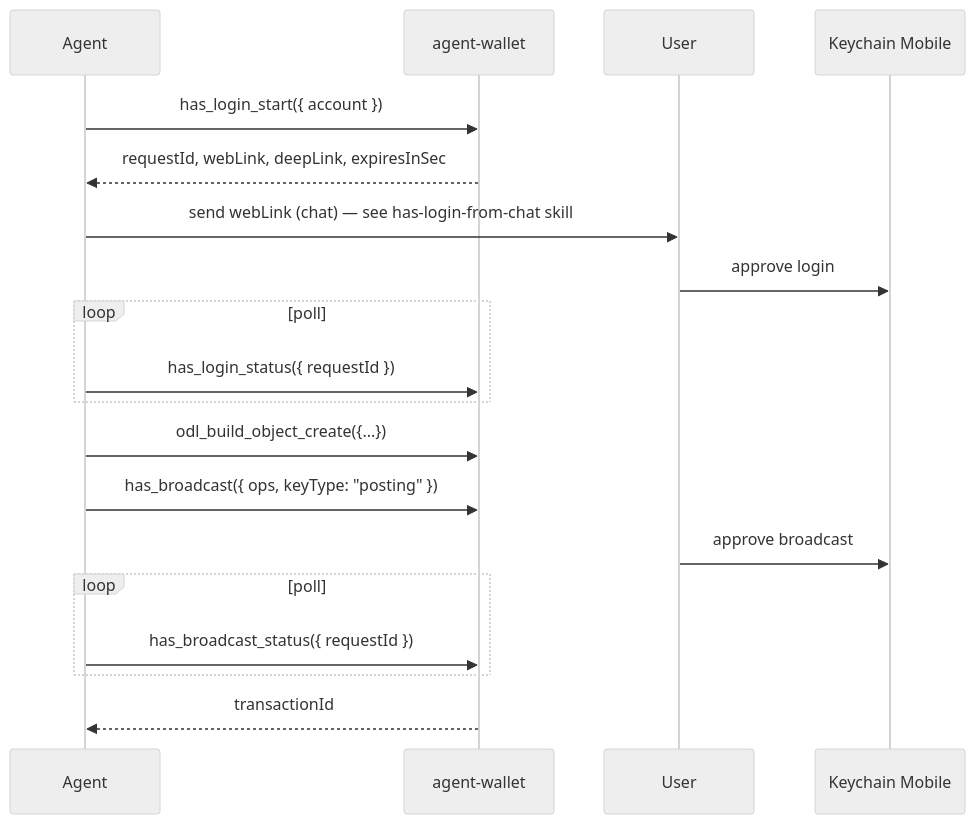
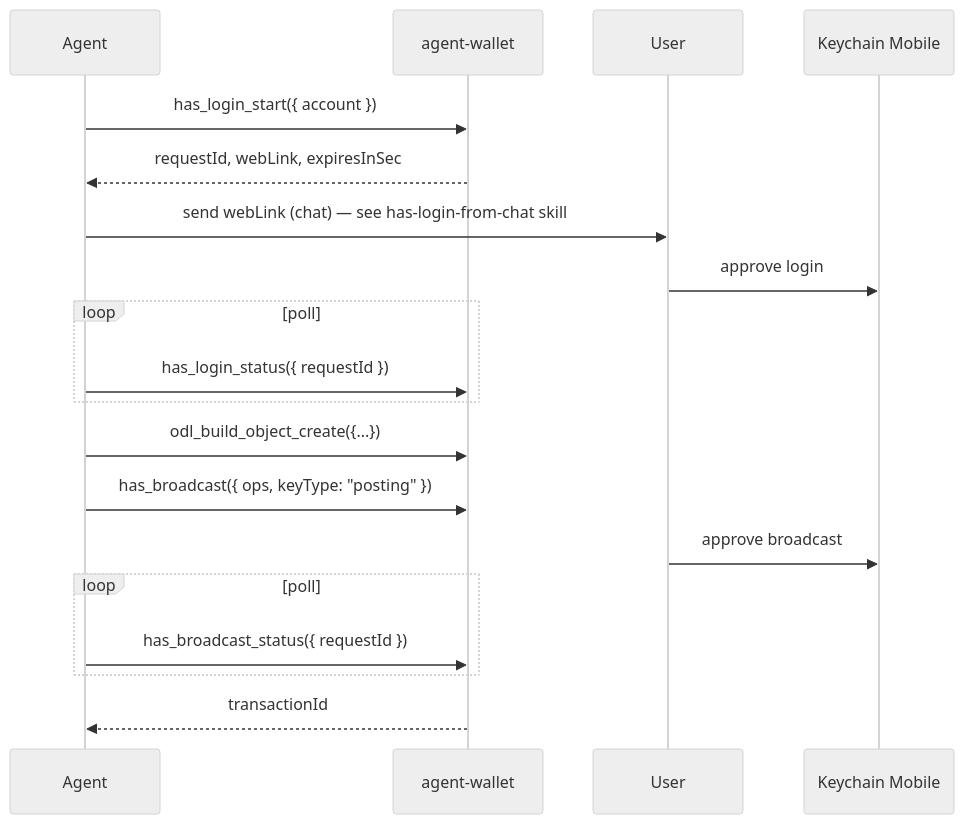
Before and after one commit to Fesmofet/open-data: the diagram in docs/skills/hive-has-agent-wallet.md, drawn with Mermaid (neutral theme). The commit also changed other lines of this file and 18 other files, not shown here.

Commit message:
refactor: Streamline login process in agent-wallet; implement compact link format to prevent JWT redaction issues in chat, enhance session management, and separate heavy artifacts into a new has_login_qr tool for improved user experience

````diff
--- a/docs/skills/hive-has-agent-wallet.md
+++ b/docs/skills/hive-has-agent-wallet.md
@@ -106,22 +106,22 @@
 ```mermaid
 sequenceDiagram
   participant Agent
   participant Daemon as agent-wallet
   participant User
   participant PKSA as Keychain Mobile
 
   Agent->>Daemon: has_login_start({ account })
-  Daemon-->>Agent: requestId, webLink, deepLink, expiresInSec
+  Daemon-->>Agent: requestId, webLink, expiresInSec
   Agent->>User: send webLink (chat) — see has-login-from-chat skill
   User->>PKSA: approve login
   loop poll
     Agent->>Daemon: has_login_status({ requestId })
   end
   Agent->>Daemon: odl_build_object_create({...})
   Agent->>Daemon: has_broadcast({ ops, keyType: "posting" })
   User->>PKSA: approve broadcast
   loop poll
     Agent->>Daemon: has_broadcast_status({ requestId })
   end
   Daemon-->>Agent: transactionId
 ```
````
